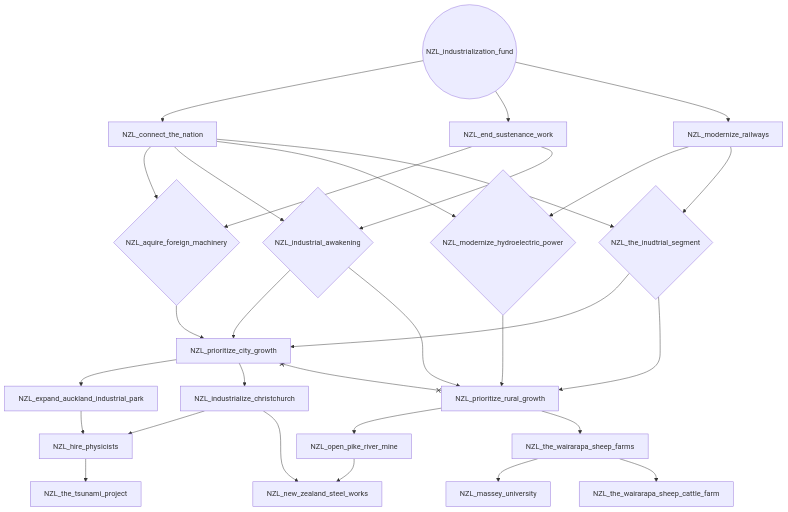
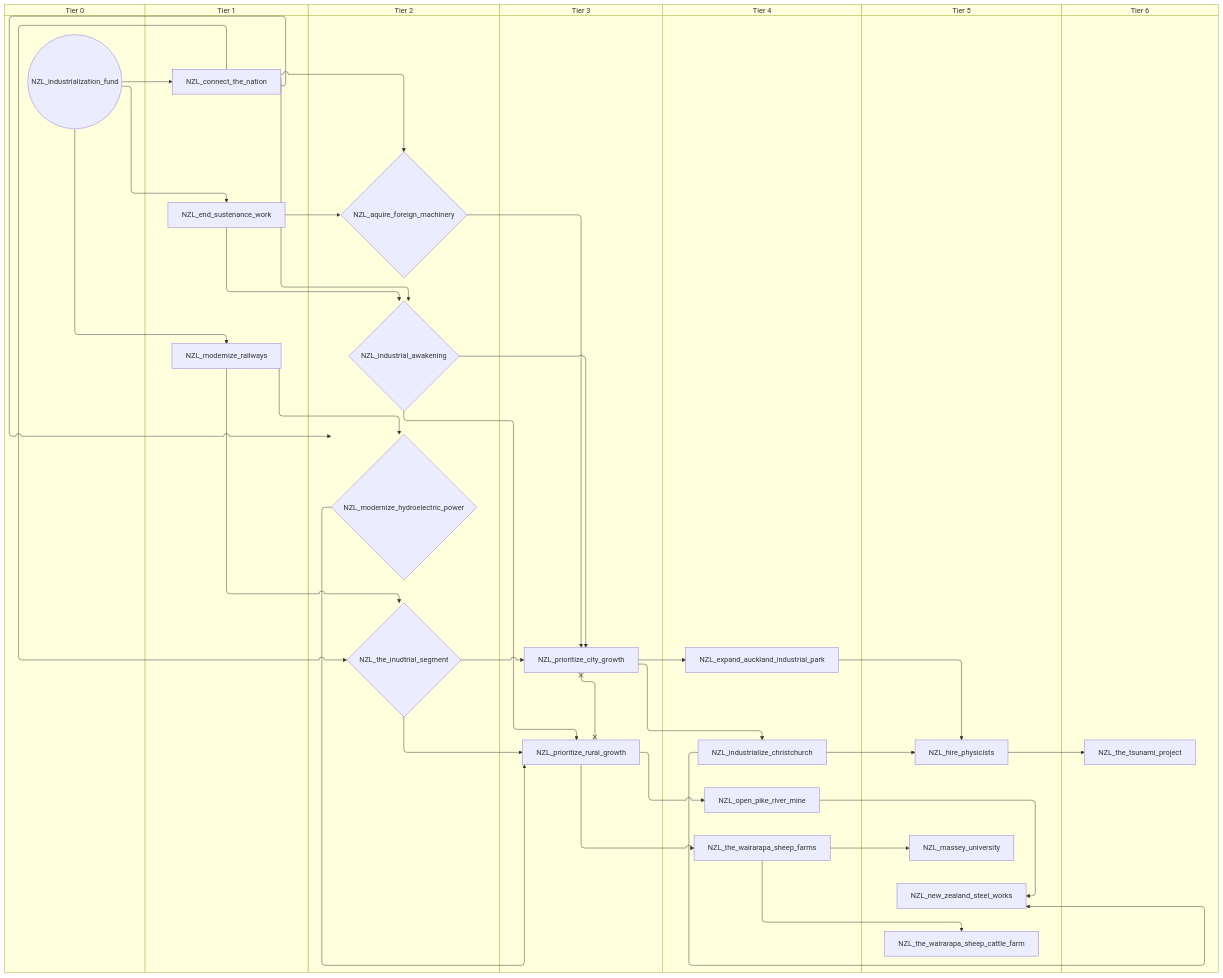
The fourth of 11 diagrams in docs/gdd/National Focuses/r56/new_zealand.md (evgeny-sobol/hoi4-sandbox-mode-r56), drawn with Mermaid before and after one commit. The commit also changed other lines of this file and 423 other files, not shown here.

First line of the commit message:
Re-export Rt56 focus trees as swimlane diagrams

````diff
--- a/docs/gdd/National Focuses/r56/new_zealand.md
+++ b/docs/gdd/National Focuses/r56/new_zealand.md
@@ -152,51 +188,65 @@
 ```mermaid
-flowchart TD
-    n56{"NZL_aquire_foreign_machinery"}
-    n57["NZL_connect_the_nation"]
-    n58["NZL_end_sustenance_work"]
-    n59["NZL_expand_auckland_industrial_park"]
-    n60["NZL_hire_physicists"]
-    n61{"NZL_industrial_awakening"}
-    n62(("NZL_industrialization_fund"))
-    n63["NZL_industrialize_christchurch"]
-    n64["NZL_massey_university"]
-    n65{"NZL_modernize_hydroelectric_power"}
-    n66["NZL_modernize_railways"]
-    n67["NZL_new_zealand_steel_works"]
-    n68["NZL_open_pike_river_mine"]
-    n69["NZL_prioritize_city_growth"]
-    n70["NZL_prioritize_rural_growth"]
-    n71{"NZL_the_inudtrial_segment"}
-    n72["NZL_the_tsunami_project"]
-    n73["NZL_the_wairarapa_sheep_cattle_farm"]
-    n74["NZL_the_wairarapa_sheep_farms"]
-    n58 --> n56
-    n57 --> n56
-    n62 --> n57
-    n62 --> n58
-    n69 --> n59
-    n59 --> n60
-    n63 --> n60
+swimlane-beta TD
+    subgraph tier_0["Tier 0"]
+        n56(("NZL_industrialization_fund"))
+    end
+    subgraph tier_1["Tier 1"]
+        n57["NZL_connect_the_nation"]
+        n58["NZL_end_sustenance_work"]
+        n59["NZL_modernize_railways"]
+    end
+    subgraph tier_2["Tier 2"]
+        n60{"NZL_aquire_foreign_machinery"}
+        n61{"NZL_industrial_awakening"}
+        n62{"NZL_modernize_hydroelectric_power"}
+        n63{"NZL_the_inudtrial_segment"}
+    end
+    subgraph tier_3["Tier 3"]
+        n64["NZL_prioritize_city_growth"]
+        n65["NZL_prioritize_rural_growth"]
+    end
+    subgraph tier_4["Tier 4"]
+        n66["NZL_expand_auckland_industrial_park"]
+        n67["NZL_industrialize_christchurch"]
+        n68["NZL_open_pike_river_mine"]
+        n69["NZL_the_wairarapa_sheep_farms"]
+    end
+    subgraph tier_5["Tier 5"]
+        n70["NZL_hire_physicists"]
+        n71["NZL_massey_university"]
+        n72["NZL_new_zealand_steel_works"]
+        n73["NZL_the_wairarapa_sheep_cattle_farm"]
+    end
+    subgraph tier_6["Tier 6"]
+        n74["NZL_the_tsunami_project"]
+    end
+    n58 --> n60
+    n57 --> n60
+    n56 --> n57
+    n56 --> n58
+    n64 --> n66
+    n66 --> n70
+    n67 --> n70
     n58 --> n61
     n57 --> n61
-    n69 --> n63
-    n74 --> n64
-    n66 --> n65
-    n57 --> n65
-    n62 --> n66
-    n63 --> n67
-    n68 --> n67
-    n70 --> n68
-    n56 --> n69
-    n61 --> n69
-    n71 --> n69
-    n65 --> n70
-    n61 --> n70
-    n71 --> n70
-    n66 --> n71
-    n57 --> n71
-    n60 --> n72
-    n74 --> n73
+    n64 --> n67
+    n69 --> n71
+    n59 --> n62
+    n57 --> n62
+    n56 --> n59
+    n67 --> n72
+    n68 --> n72
+    n65 --> n68
+    n60 --> n64
+    n61 --> n64
+    n63 --> n64
+    n62 --> n65
+    n61 --> n65
+    n63 --> n65
+    n59 --> n63
+    n57 --> n63
     n70 --> n74
-    n69 x--x n70
+    n69 --> n73
+    n65 --> n69
+    n64 x--x n65
 ```
````
